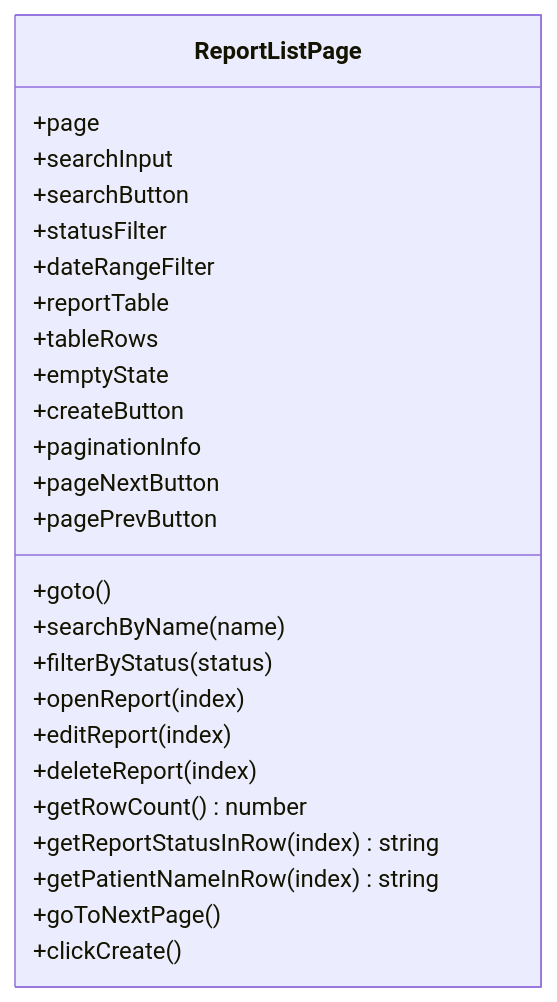
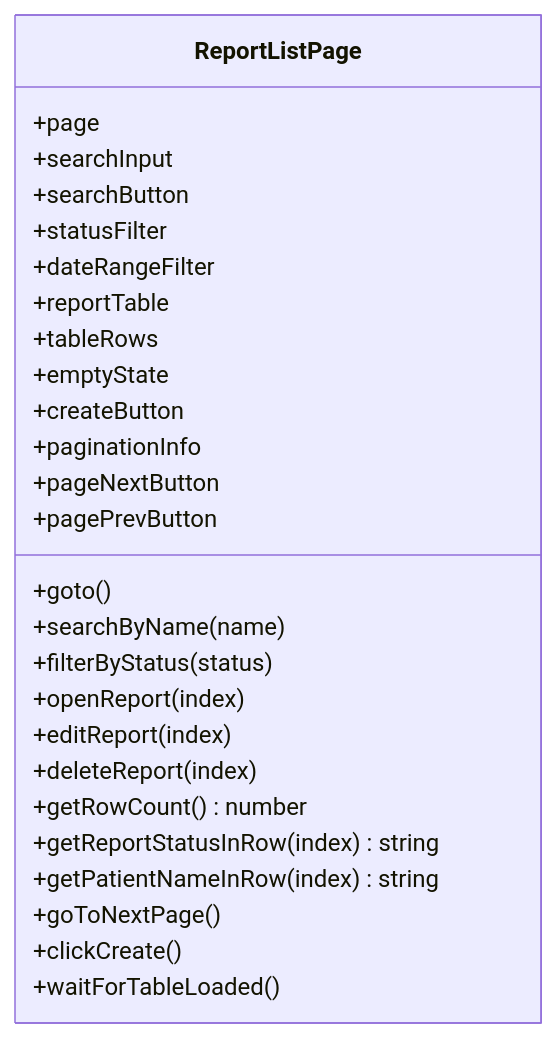
Before and after one commit to zzgoviziwind/--playwright: the third of 7 diagrams in .qoder/repowiki/zh/content/页面对象设计模式/报告列表页面.md, drawn with Mermaid. The commit also changed other lines of this file and 112 other files, not shown here.

````diff
--- a/.qoder/repowiki/zh/content/页面对象设计模式/报告列表页面.md
+++ b/.qoder/repowiki/zh/content/页面对象设计模式/报告列表页面.md
@@ -166,28 +189,29 @@
 ```mermaid
 classDiagram
 class ReportListPage {
 +page
 +searchInput
 +searchButton
 +statusFilter
 +dateRangeFilter
 +reportTable
 +tableRows
 +emptyState
 +createButton
 +paginationInfo
 +pageNextButton
 +pagePrevButton
 +goto()
 +searchByName(name)
 +filterByStatus(status)
 +openReport(index)
 +editReport(index)
 +deleteReport(index)
 +getRowCount() number
 +getReportStatusInRow(index) string
 +getPatientNameInRow(index) string
 +goToNextPage()
 +clickCreate()
++waitForTableLoaded()
 }
 ```
````
